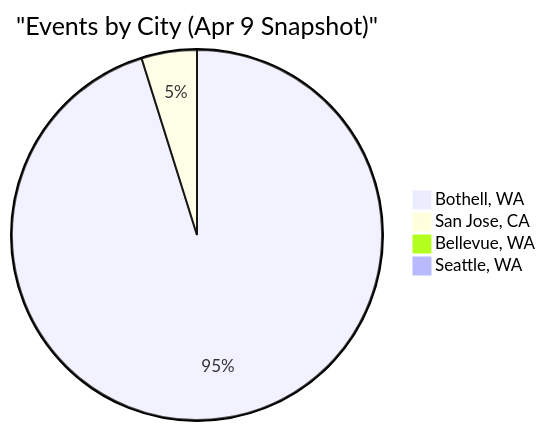
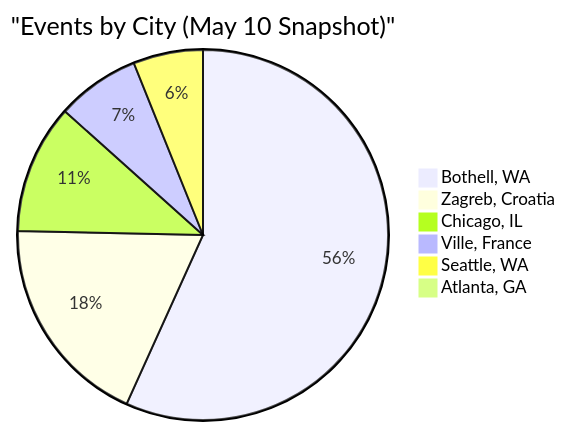
The second of 3 diagrams in docs/telemetry/usage_analytics.md (thrustCoder/gamer-uncle), drawn with Mermaid before and after one commit. The commit also changed other lines of this file and 50 other files, not shown here.

````diff
--- a/docs/telemetry/usage_analytics.md
+++ b/docs/telemetry/usage_analytics.md
@@ -57,7 +62,9 @@
 ```mermaid
-pie title "Events by City (Apr 9 Snapshot)"
-    "Bothell, WA" : 1849
-    "San Jose, CA" : 94
-    "Bellevue, WA" : 3
-    "Seattle, WA" : 3
+pie title "Events by City (May 10 Snapshot)"
+    "Bothell, WA" : 382
+    "Zagreb, Croatia" : 125
+    "Chicago, IL" : 76
+    "Ville, France" : 49
+    "Seattle, WA" : 41
+    "Atlanta, GA" : 5
 ```
````
